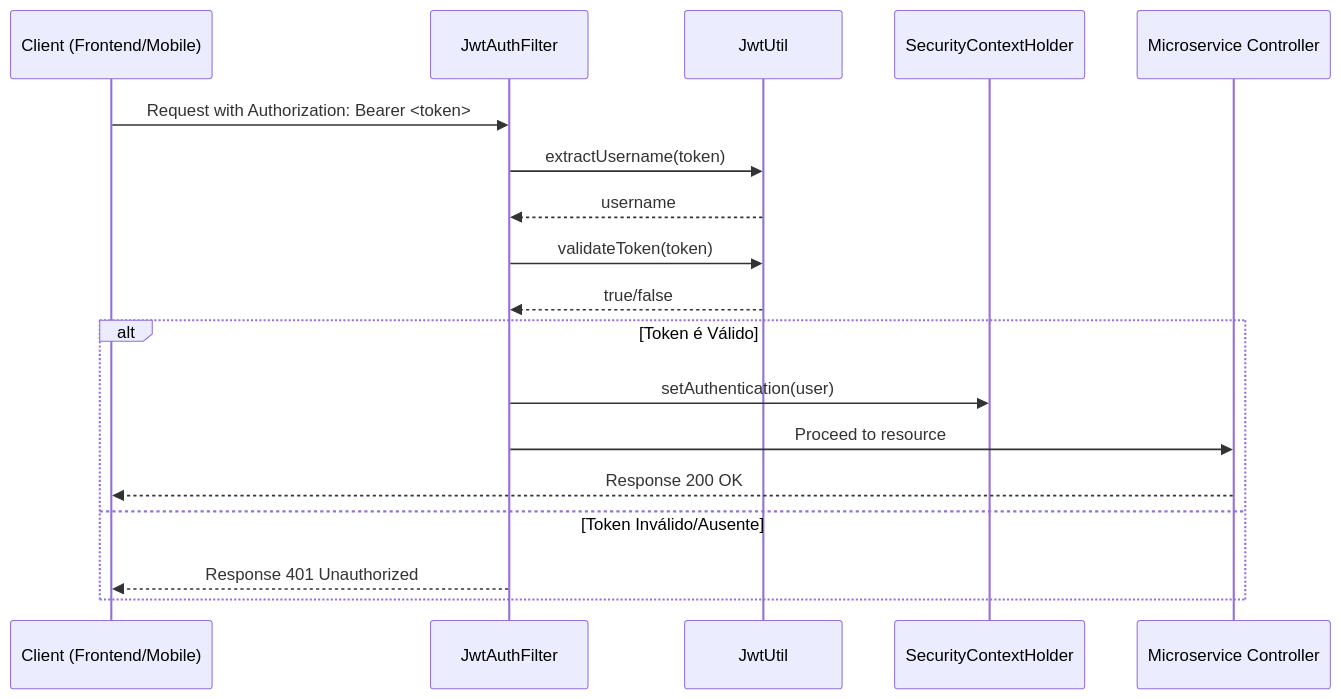
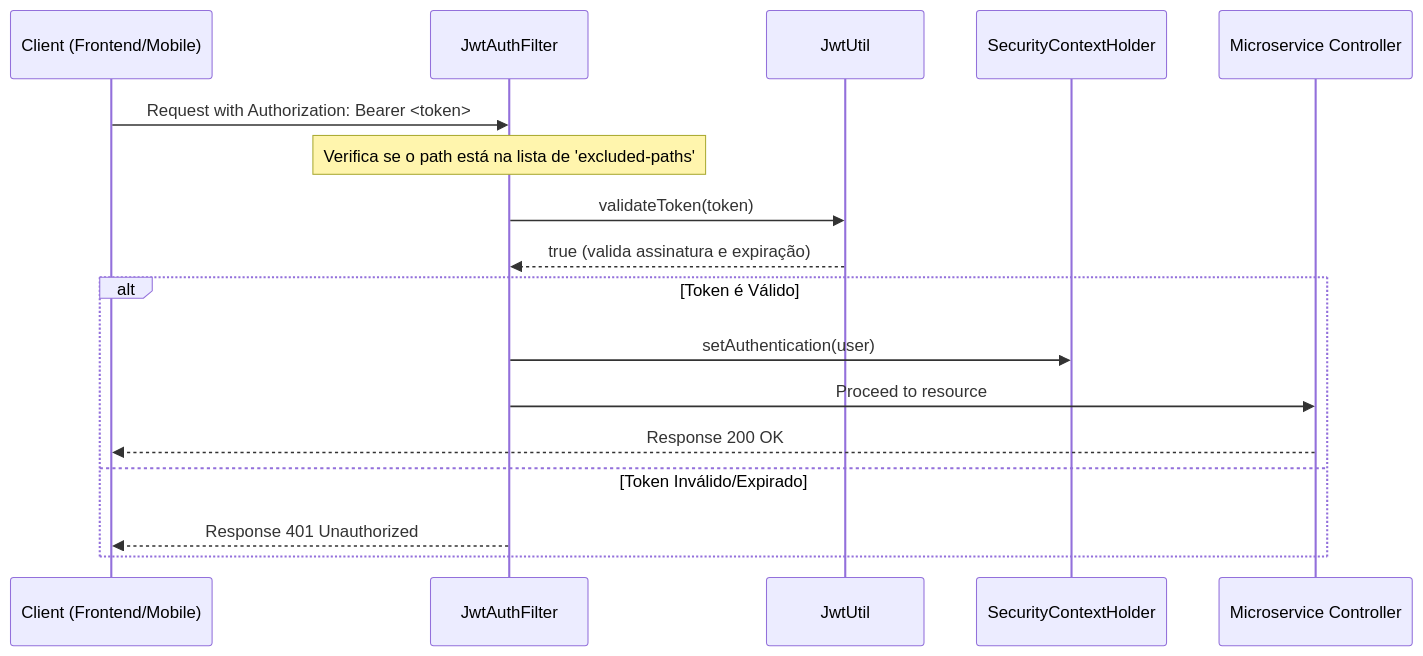
Before and after one commit to betolara1/JWT-Package: the diagram in readme.md, drawn with Mermaid. The commit also changed other lines of this file and 2 other files, not shown here.

````diff
--- a/readme.md
+++ b/readme.md
@@ -26,22 +24,21 @@
 ```mermaid
 sequenceDiagram
     participant C as Client (Frontend/Mobile)
     participant F as JwtAuthFilter
     participant U as JwtUtil
     participant S as SecurityContextHolder
     participant API as Microservice Controller
 
     C->>F: Request with Authorization: Bearer <token>
-    F->>U: extractUsername(token)
-    U-->>F: username
+    Note over F: Verifica se o path está na lista de 'excluded-paths'
     F->>U: validateToken(token)
-    U-->>F: true/false
+    U-->>F: true (valida assinatura e expiração)
     
     ALT Token é Válido
         F->>S: setAuthentication(user)
         F->>API: Proceed to resource
         API-->>C: Response 200 OK
-    ELSE Token Inválido/Ausente
+    ELSE Token Inválido/Expirado
         F-->>C: Response 401 Unauthorized
     END
 ```
````
